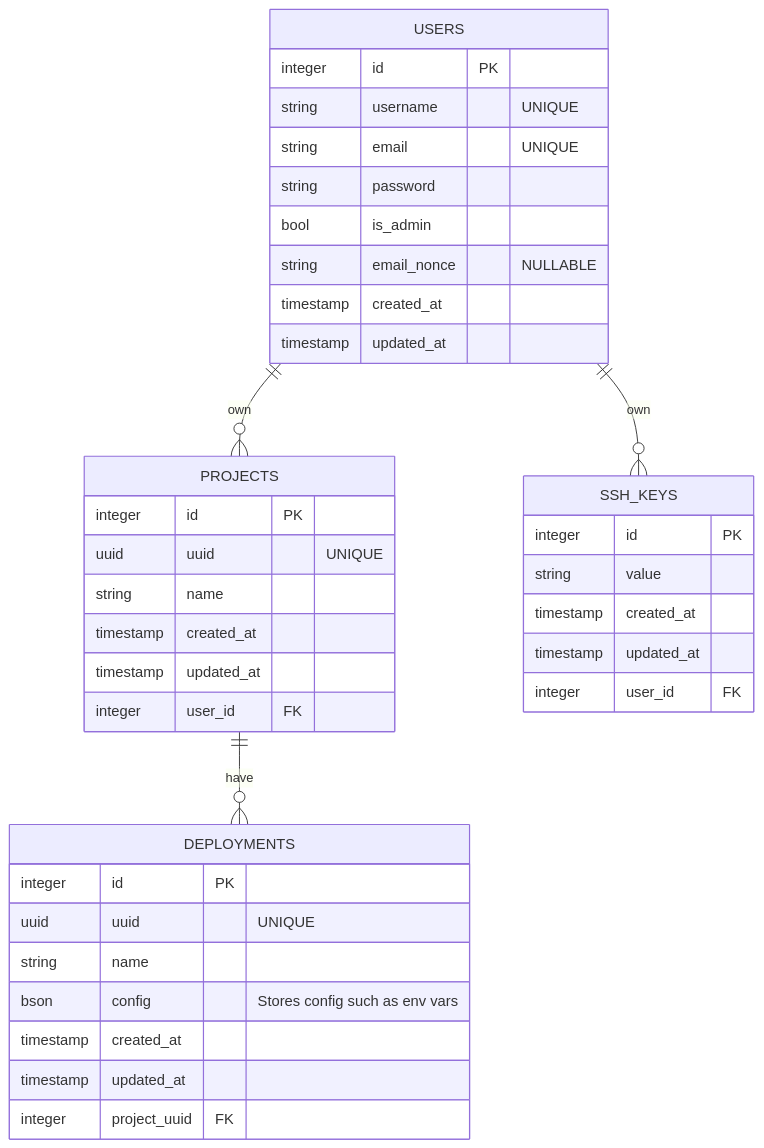
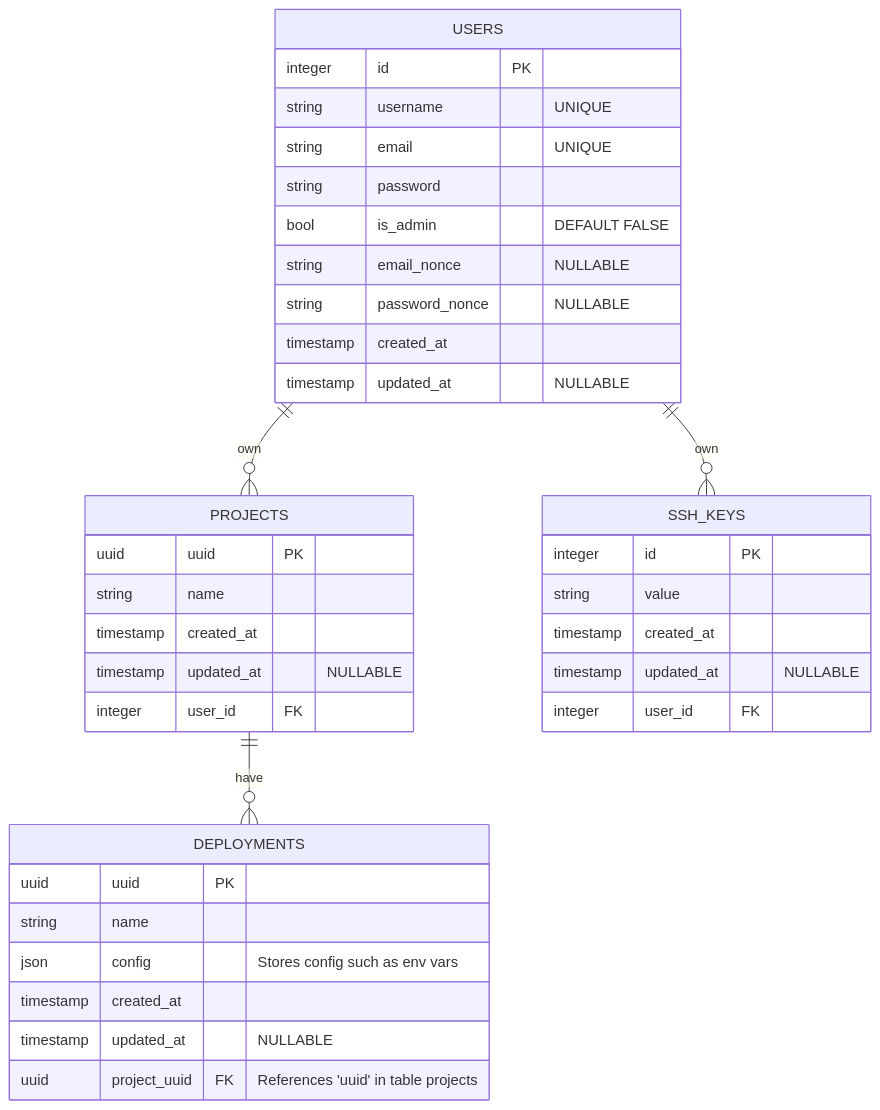
Before and after one commit to paastech-cloud/docs: the diagram in README.md, drawn with Mermaid.

Commit message:
Various fixes and improvements (#3)
Added:

- make use of UUIDs instead of integer serial IDs
- `NULLABLE` on `updatedAt` to accept application components that don't
handle incrementing the updated timer automatically
- `DEFAULT FALSE` for `isAdmin` in user, to specify default value

Fixed:

- `bson` type renamed to valid `json` Postgres type
- `integer` type renamed to `uuid` type to match project's `uuid` type

````diff
--- a/README.md
+++ b/README.md
@@ -5,40 +5,40 @@
 ```mermaid
 erDiagram
     USERS ||--o{ PROJECTS : own
     USERS ||--o{ SSH_KEYS : own
     PROJECTS ||--o{ DEPLOYMENTS : have
+
     USERS {
         integer id PK
         string username "UNIQUE"
         string email "UNIQUE"
         string password
-        bool is_admin
+        bool is_admin "DEFAULT FALSE"
         string email_nonce "NULLABLE"
+        string password_nonce "NULLABLE"
         timestamp created_at
-        timestamp updated_at
+        timestamp updated_at "NULLABLE"
     }
     SSH_KEYS {
         integer id PK
         string value
         timestamp created_at
-        timestamp updated_at
+        timestamp updated_at "NULLABLE"
         integer user_id FK
     }
     PROJECTS {
-        integer id PK
-        uuid uuid "UNIQUE"
+        uuid uuid PK
         string name
         timestamp created_at
-        timestamp updated_at
+        timestamp updated_at "NULLABLE"
         integer user_id FK
     }
     DEPLOYMENTS {
-        integer id PK
-        uuid uuid "UNIQUE"
+        uuid uuid PK
         string name
-        bson config "Stores config such as env vars"
+        json config "Stores config such as env vars"
         timestamp created_at
-        timestamp updated_at
-        integer project_uuid FK
+        timestamp updated_at "NULLABLE"
+        uuid project_uuid FK "References 'uuid' in table projects"
     }
 ```
````
